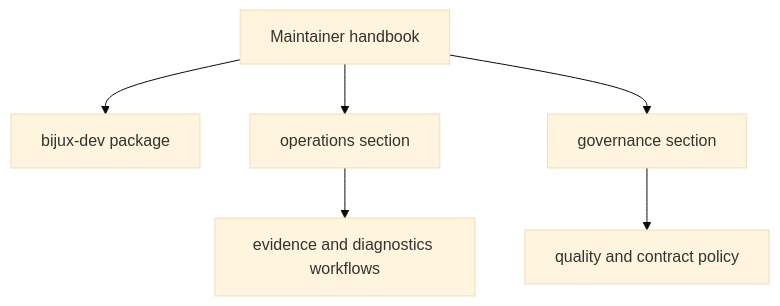
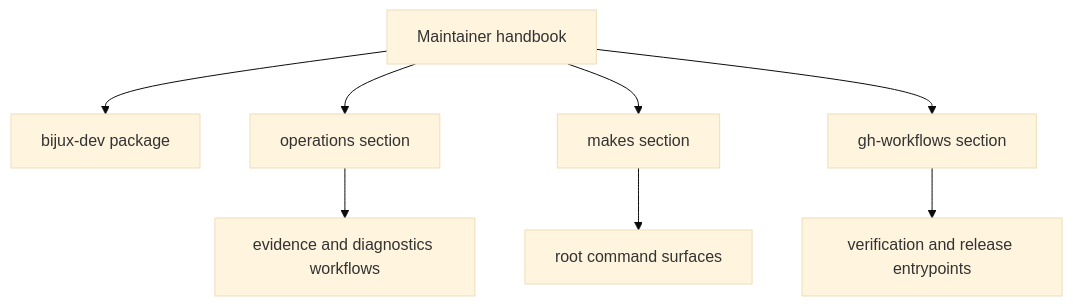
Before and after one commit to bijux/bijux-cli: the diagram in docs/bijux-dev/index.md, drawn with Mermaid (base theme). The commit also changed other lines of this file, not shown here.

Commit message:
docs(dev): reframe the maintainer handbook

````diff
--- a/docs/bijux-dev/index.md
+++ b/docs/bijux-dev/index.md
@@ -23,9 +28,11 @@
 ```mermaid
 flowchart TB
     handbook["Maintainer handbook"]
     handbook --> package["bijux-dev package"]
     handbook --> operations["operations section"]
-    handbook --> governance["governance section"]
+    handbook --> makes["makes section"]
+    handbook --> workflows["gh-workflows section"]
     operations --> evidence["evidence and diagnostics workflows"]
-    governance --> policy["quality and contract policy"]
+    makes --> commands["root command surfaces"]
+    workflows --> policy["verification and release entrypoints"]
 ```
````
